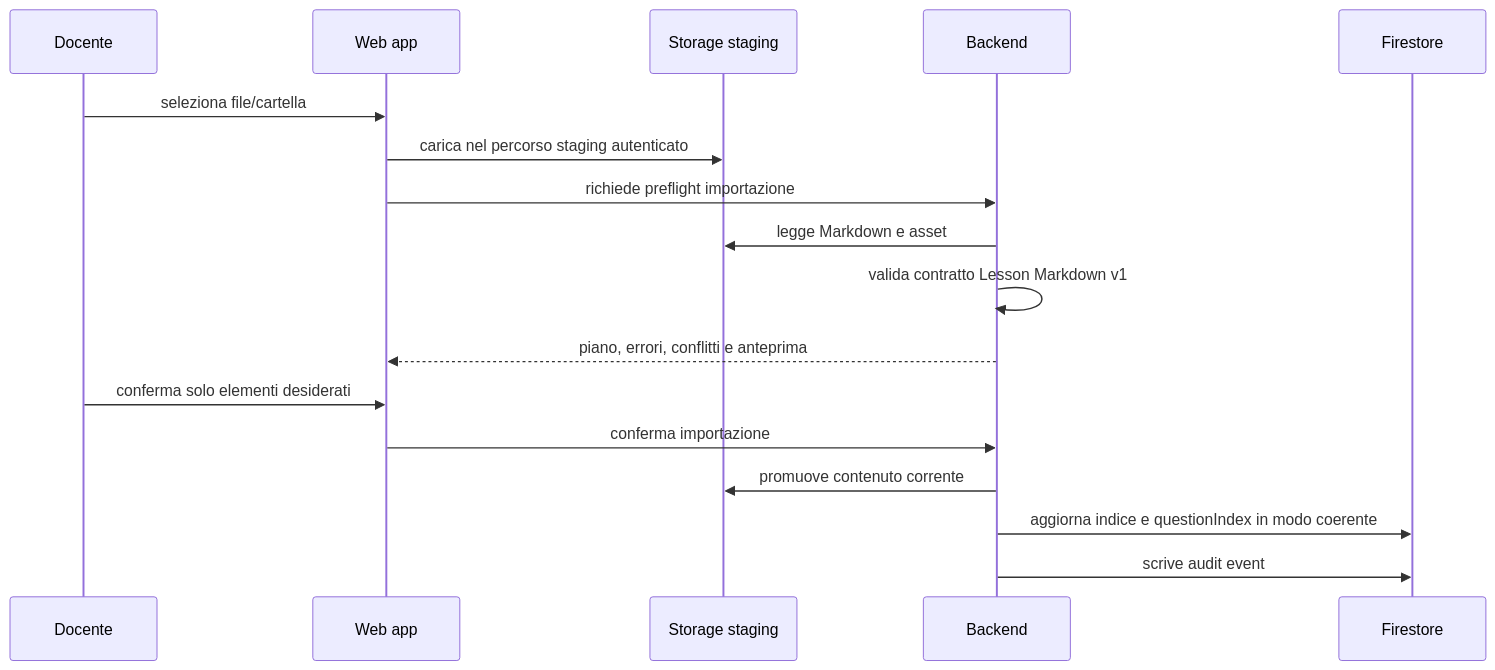
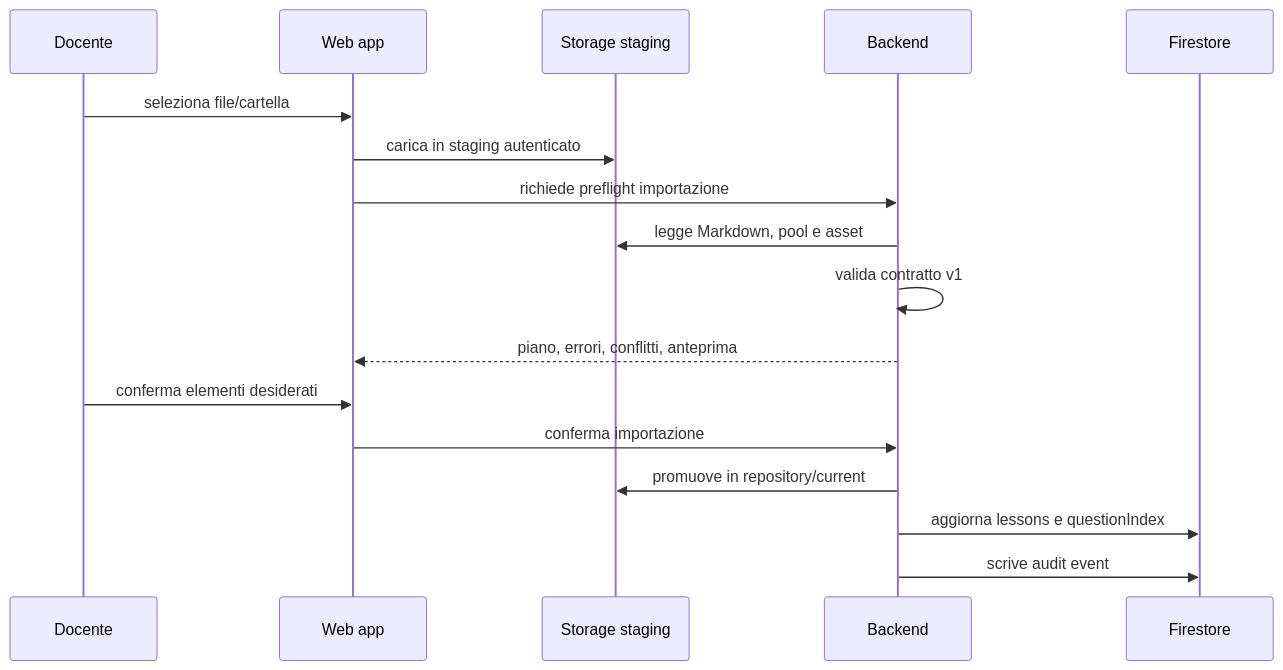
One commit to EnricoPaparo/SchoolForge changed the second of 3 diagrams in documentazione/architettura.md. Above: the diagram before and after it, drawn with Mermaid. The commit also changed other lines of this file and 4 other files, not shown here.

````diff
--- a/documentazione/architettura.md
+++ b/documentazione/architettura.md
@@ -285,20 +367,20 @@
 ```mermaid
 sequenceDiagram
     participant D as Docente
     participant W as Web app
     participant S as Storage staging
     participant B as Backend
     participant F as Firestore
 
     D->>W: seleziona file/cartella
-    W->>S: carica nel percorso staging autenticato
+    W->>S: carica in staging autenticato
     W->>B: richiede preflight importazione
-    B->>S: legge Markdown e asset
-    B->>B: valida contratto Lesson Markdown v1
-    B-->>W: piano, errori, conflitti e anteprima
-    D->>W: conferma solo elementi desiderati
+    B->>S: legge Markdown, pool e asset
+    B->>B: valida contratto v1
+    B-->>W: piano, errori, conflitti, anteprima
+    D->>W: conferma elementi desiderati
     W->>B: conferma importazione
-    B->>S: promuove contenuto corrente
-    B->>F: aggiorna indice e questionIndex in modo coerente
+    B->>S: promuove in repository/current
+    B->>F: aggiorna lessons e questionIndex
     B->>F: scrive audit event
 ```
````
